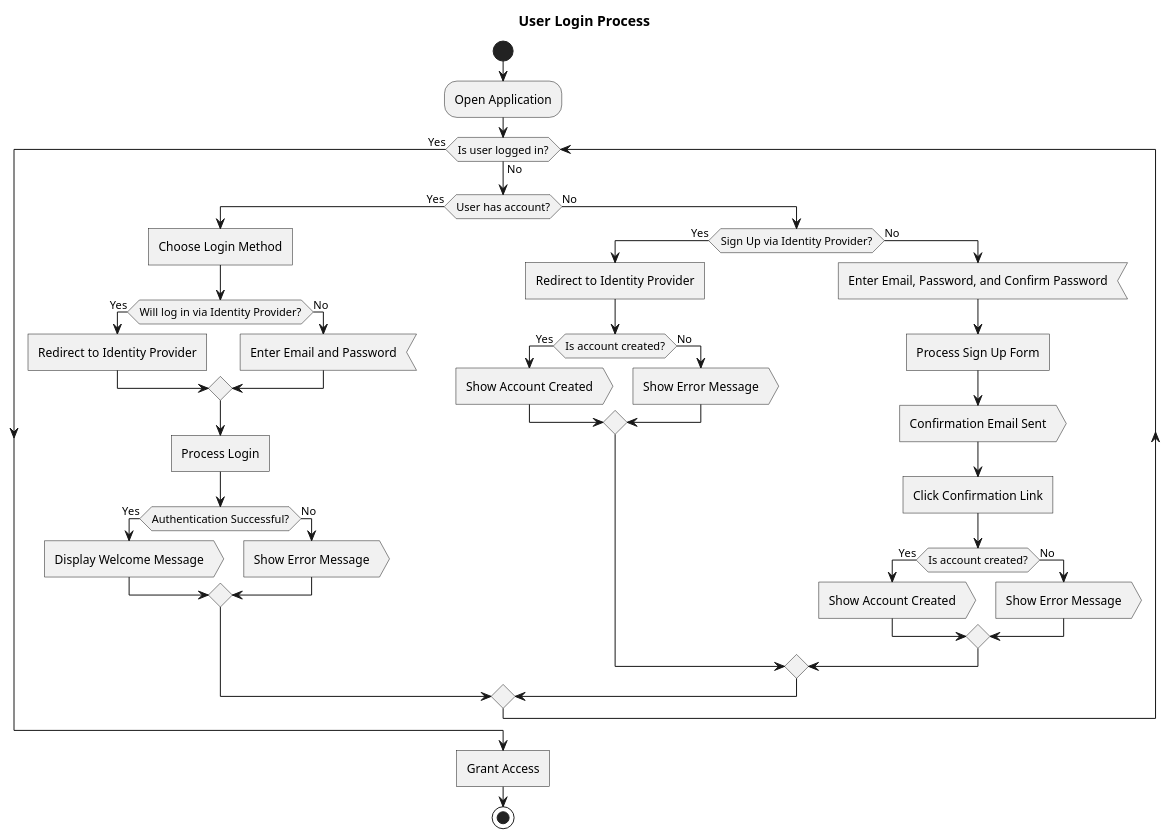
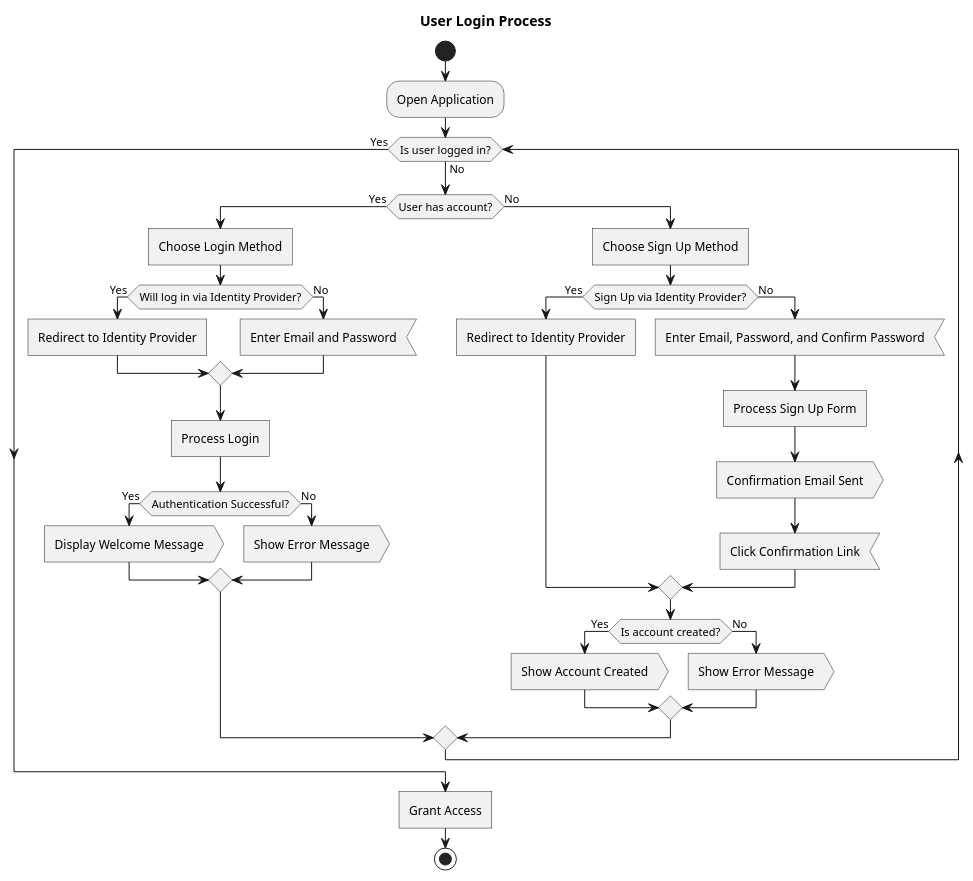
Before and after one commit to Guilderm/SnowballPlanner: the second of 2 diagrams in Documents/Product Requirements Document (PRD).md, drawn with PlantUML. The commit also changed other lines of this file and 2 other files, not shown here.

````diff
--- a/Documents/Product Requirements Document (PRD).md
+++ b/Documents/Product Requirements Document (PRD).md
@@ -419,51 +425,49 @@
 ```plantuml:
 @startuml
 title User Login Process
 
 start
 :Open Application;
 
 while (Is user logged in?) is (No)
   if (User has account?) then (Yes)
     :Choose Login Method; <<task>>
     
     if (Will log in via Identity Provider?) then (Yes)
       :Redirect to Identity Provider; <<task>>
     else (No)
       :Enter Email and Password; <<input>>
     endif
 
     :Process Login; <<task>>
     if (Authentication Successful?) then (Yes)
       :Display Welcome Message; <<output>>
     else (No)
       :Show Error Message; <<output>>
     endif
 
   else (No)
+    :Choose Sign Up Method; <<task>>
+
     if (Sign Up via Identity Provider?) then (Yes)
       :Redirect to Identity Provider; <<task>>
-      if (Is account created?) then (Yes)
-        :Show Account Created; <<output>>
-      else (No)
-        :Show Error Message; <<output>>
-      endif
     else (No)
       :Enter Email, Password, and Confirm Password; <<input>>
       :Process Sign Up Form; <<task>>
       :Confirmation Email Sent; <<output>>
-      :Click Confirmation Link; <<task>>
-      if (Is account created?) then (Yes)
-        :Show Account Created; <<output>>
-      else (No)
-        :Show Error Message; <<output>>
-      endif
+      :Click Confirmation Link; <<input>>
+    endif
+    
+    if (Is account created?) then (Yes)
+      :Show Account Created; <<output>>
+    else (No)
+      :Show Error Message; <<output>>
     endif
   endif
 
 endwhile (Yes)
 
 :Grant Access; <<task>>
 stop
 @enduml
 ```
````
